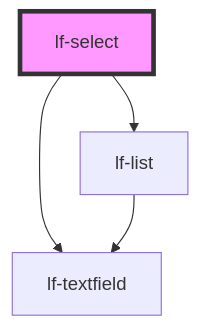
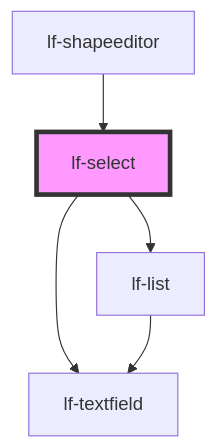
Before and after one commit to lucafoscili/lf-widgets: the diagram in packages/core/src/components/lf-select/readme.md, drawn with Mermaid. The commit also changed other lines of this file and 27 other files, not shown here.

````diff
--- a/packages/core/src/components/lf-select/readme.md
+++ b/packages/core/src/components/lf-select/readme.md
@@ -136,7 +140,8 @@
 ```mermaid
 graph TD;
   lf-select --> lf-list
   lf-select --> lf-textfield
   lf-list --> lf-textfield
+  lf-shapeeditor --> lf-select
   style lf-select fill:#f9f,stroke:#333,stroke-width:4px
 ```
````
